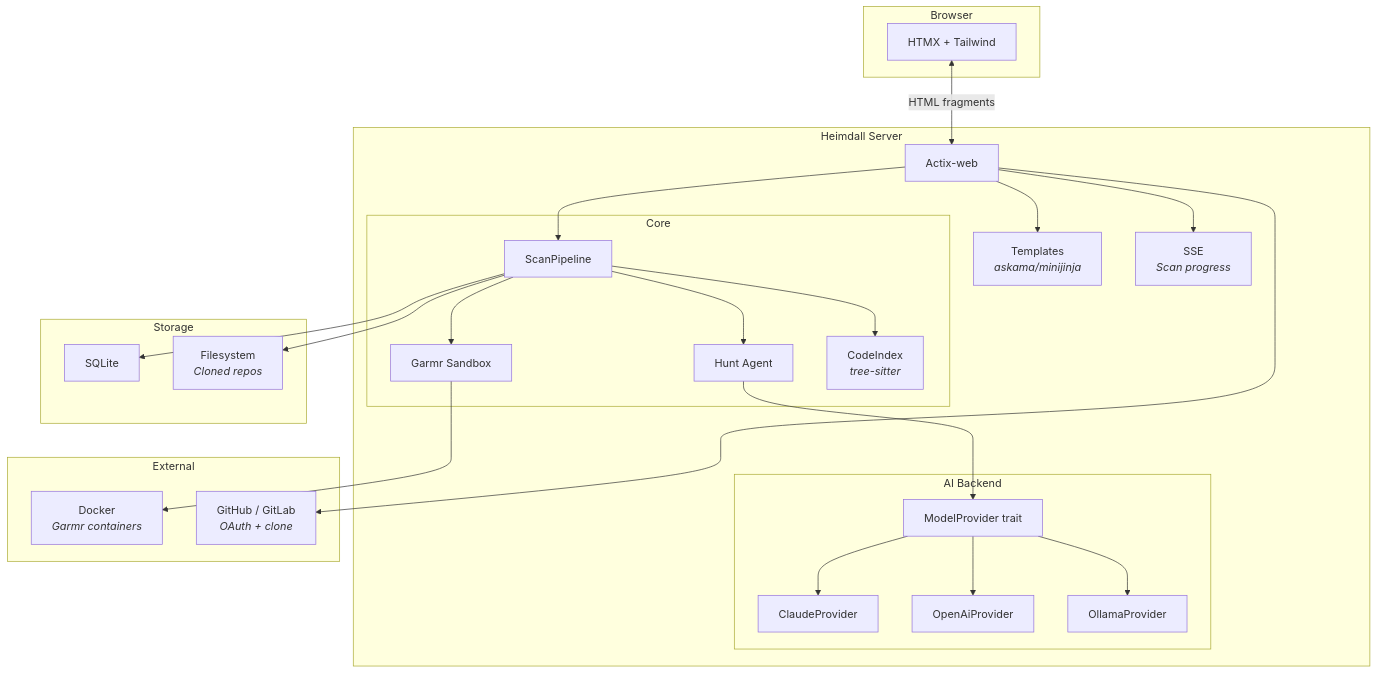
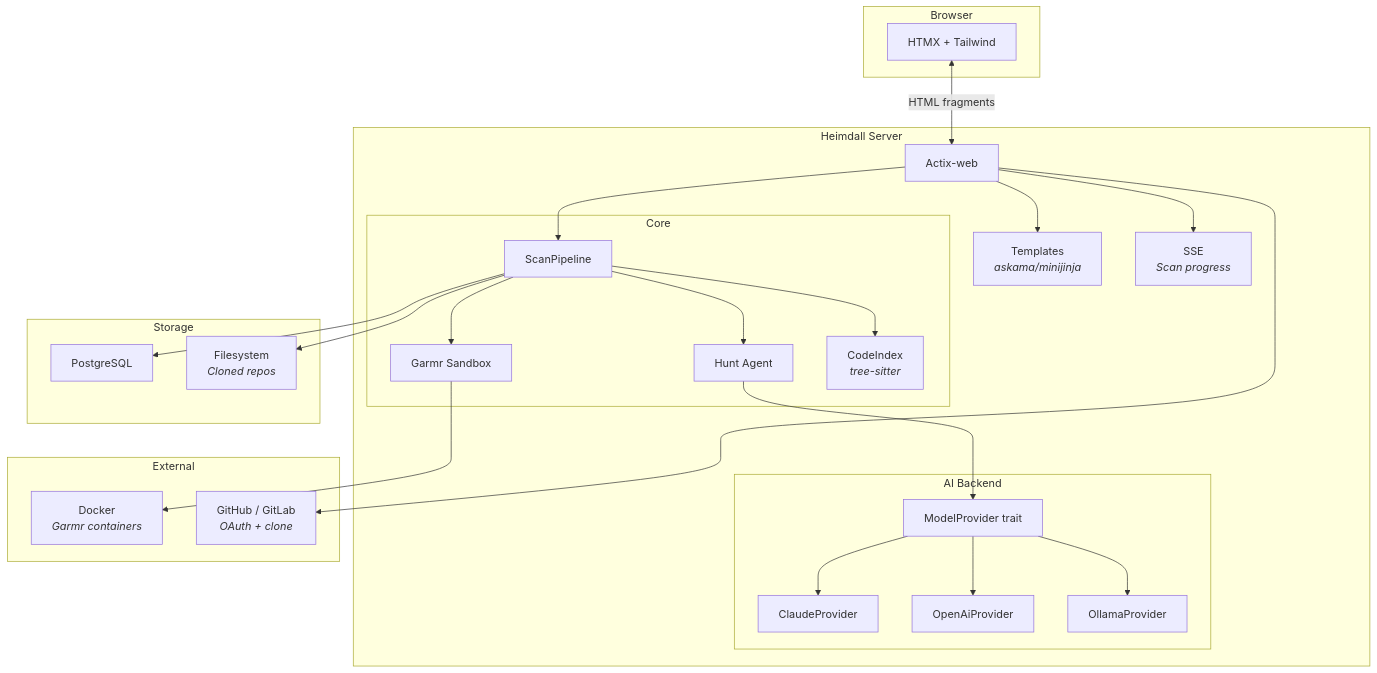
Before and after one commit to iamngoni/heimdall: the third of 6 diagrams in README.md, drawn with Mermaid. The commit also changed other lines of this file, not shown here.

Commit message:
docs: 📚 Update database references to PostgreSQL

````diff
--- a/README.md
+++ b/README.md
@@ -59,52 +59,52 @@
 ```mermaid
 graph TB
     subgraph Client["Browser"]
         HTMX["HTMX + Tailwind"]
     end
 
     subgraph Server["Heimdall Server"]
         AW["Actix-web"]
         TPL["Templates\n<i>askama/minijinja</i>"]
         SSE["SSE\n<i>Scan progress</i>"]
 
         subgraph Core["Core"]
             Pipeline["ScanPipeline"]
             Hunt["Hunt Agent"]
             Garmr["Garmr Sandbox"]
             CodeIndex["CodeIndex\n<i>tree-sitter</i>"]
         end
 
         subgraph AI["AI Backend"]
             MP["ModelProvider trait"]
             Claude["ClaudeProvider"]
             OpenAI["OpenAiProvider"]
             Ollama["OllamaProvider"]
         end
     end
 
     subgraph Storage["Storage"]
-        SQLite["SQLite"]
+        PG["PostgreSQL"]
         FS["Filesystem\n<i>Cloned repos</i>"]
     end
 
     subgraph External["External"]
         Docker["Docker\n<i>Garmr containers</i>"]
         GH["GitHub / GitLab\n<i>OAuth + clone</i>"]
     end
 
     HTMX <-->|HTML fragments| AW
     AW --> TPL
     AW --> SSE
     AW --> Pipeline
     Pipeline --> CodeIndex
     Pipeline --> Hunt
     Pipeline --> Garmr
     Hunt --> MP
     Garmr --> Docker
     MP --> Claude
     MP --> OpenAI
     MP --> Ollama
-    Pipeline --> SQLite
+    Pipeline --> PG
     Pipeline --> FS
     AW --> GH
 ```
````
